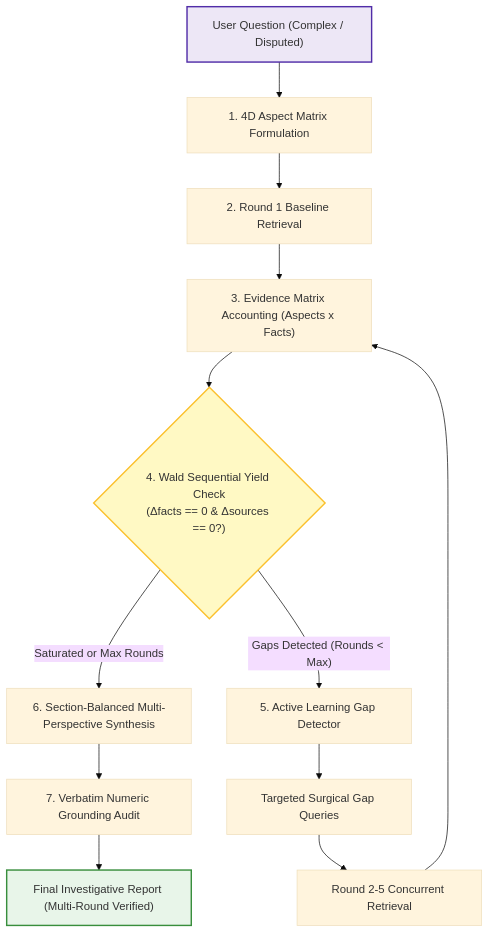
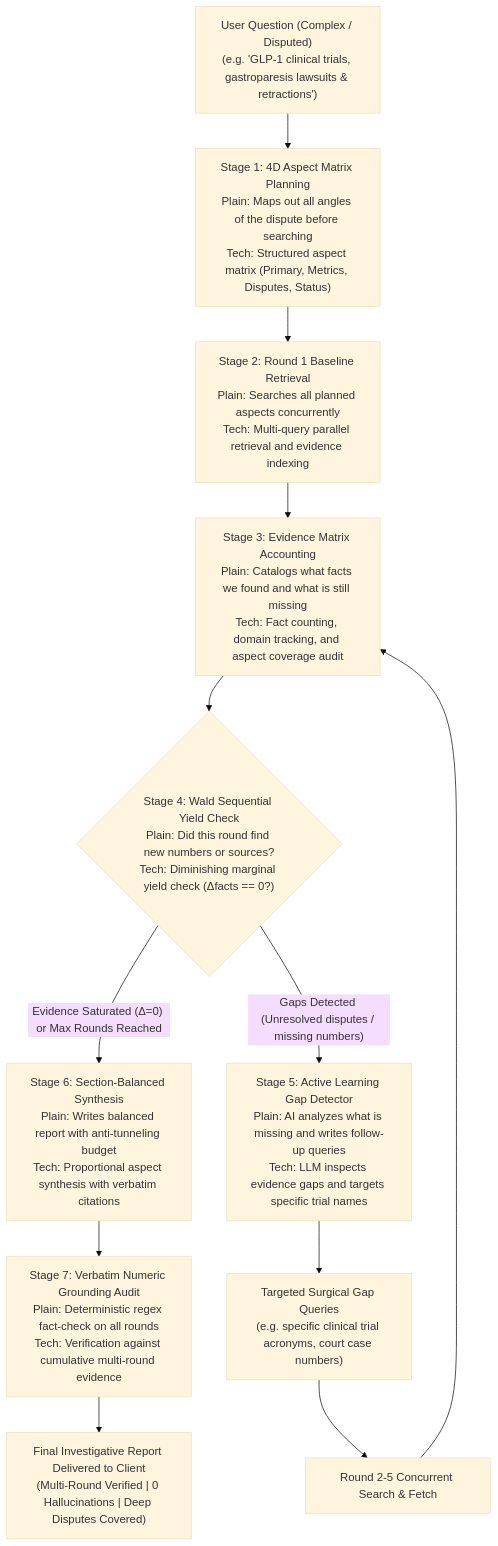
One commit to radoxtech/deepseek-search-everywhere-mcp changed the third of 3 diagrams in docs/architecture.md. Above: the diagram before and after it, drawn with Mermaid (base theme). The commit also changed other lines of this file and 1 other file, not shown here.

Commit message:
docs: improve architecture readability, remove color clashes, and correct competitor pricing

````diff
--- a/docs/architecture.md
+++ b/docs/architecture.md
@@ -116,21 +126,22 @@
 ```mermaid
 flowchart TD
-    Start["User Question (Complex / Disputed)"] --> Plan["1. 4D Aspect Matrix Formulation"]
-    Plan --> R1["2. Round 1 Baseline Retrieval"]
-    R1 --> Matrix["3. Evidence Matrix Accounting (Aspects x Facts)"]
-    Matrix --> StopCheck{"4. Wald Sequential Yield Check<br/>(Δfacts == 0 & Δsources == 0?)"}
+    Start["User Question (Complex / Disputed)<br/>(e.g. 'GLP-1 clinical trials, gastroparesis lawsuits & retractions')"] --> Plan["Stage 1: 4D Aspect Matrix Planning<br/>Plain: Maps out all angles of the dispute before searching<br/>Tech: Structured aspect matrix (Primary, Metrics, Disputes, Status)"]
     
-    StopCheck -->|"Saturated or Max Rounds"| Synth["6. Section-Balanced Multi-Perspective Synthesis"]
-    StopCheck -->|"Gaps Detected (Rounds < Max)"| Gap["5. Active Learning Gap Detector"]
+    Plan --> R1["Stage 2: Round 1 Baseline Retrieval<br/>Plain: Searches all planned aspects concurrently<br/>Tech: Multi-query parallel retrieval and evidence indexing"]
     
-    Gap --> TargetedQueries["Targeted Surgical Gap Queries"]
-    TargetedQueries --> NextRound["Round 2-5 Concurrent Retrieval"]
+    R1 --> Matrix["Stage 3: Evidence Matrix Accounting<br/>Plain: Catalogs what facts we found and what is still missing<br/>Tech: Fact counting, domain tracking, and aspect coverage audit"]
+    
+    Matrix --> StopCheck{"Stage 4: Wald Sequential Yield Check<br/>Plain: Did this round find new numbers or sources?<br/>Tech: Diminishing marginal yield check (Δfacts == 0?)"}
+    
+    StopCheck -->|"Evidence Saturated (Δ=0) or Max Rounds Reached"| Synth["Stage 6: Section-Balanced Synthesis<br/>Plain: Writes balanced report with anti-tunneling budget<br/>Tech: Proportional aspect synthesis with verbatim citations"]
+    
+    StopCheck -->|"Gaps Detected (Unresolved disputes / missing numbers)"| Gap["Stage 5: Active Learning Gap Detector<br/>Plain: AI analyzes what is missing and writes follow-up queries<br/>Tech: LLM inspects evidence gaps and targets specific trial names"]
+    
+    Gap --> TargetedQueries["Targeted Surgical Gap Queries<br/>(e.g. specific clinical trial acronyms, court case numbers)"]
+    TargetedQueries --> NextRound["Round 2-5 Concurrent Search & Fetch"]
     NextRound --> Matrix
 
-    Synth --> Audit["7. Verbatim Numeric Grounding Audit"]
-    Audit --> Report["Final Investigative Report (Multi-Round Verified)"]
-
-    style Start fill:#ede7f6,stroke:#512da8,stroke-width:2px
-    style Report fill:#e8f5e9,stroke:#388e3c,stroke-width:2px
-    style StopCheck fill:#fff9c4,stroke:#fbc02d,stroke-width:2px
+    Synth --> Audit["Stage 7: Verbatim Numeric Grounding Audit<br/>Plain: Deterministic regex fact-check on all rounds<br/>Tech: Verification against cumulative multi-round evidence"]
+    
+    Audit --> Report["Final Investigative Report Delivered to Client<br/>(Multi-Round Verified | 0 Hallucinations | Deep Disputes Covered)"]
 ```
````
